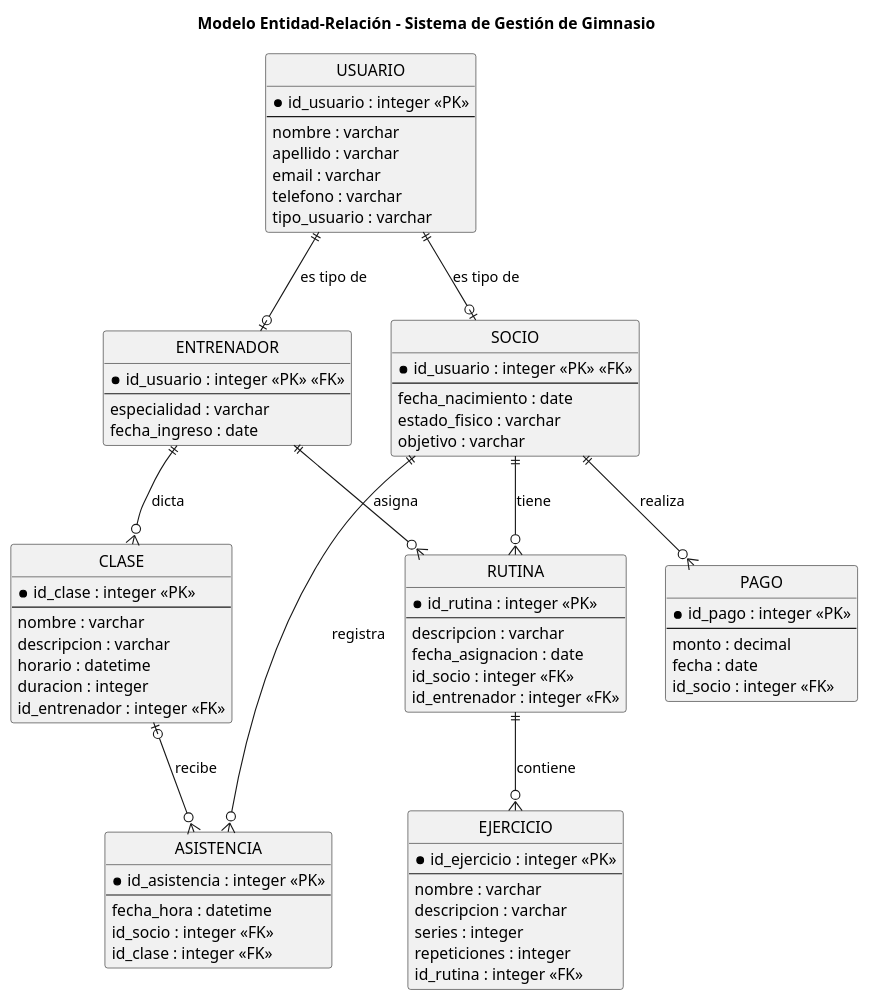
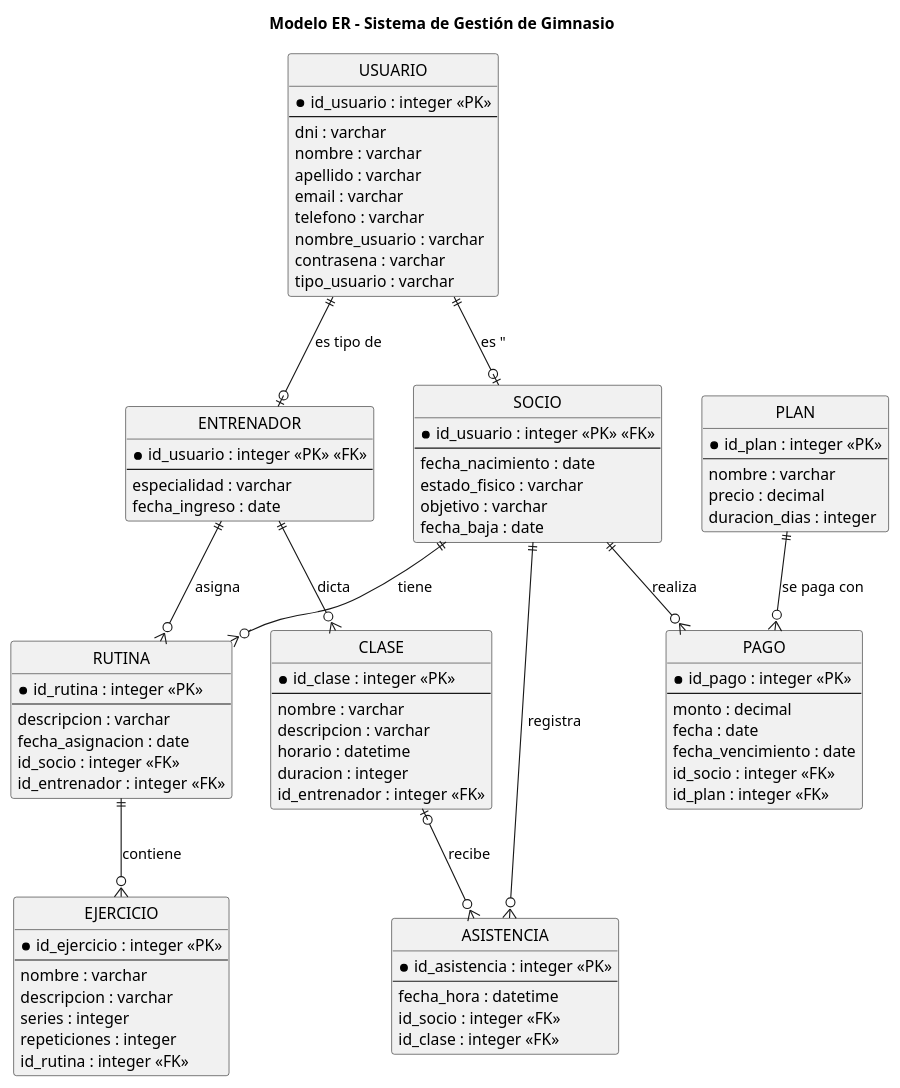
The diagram in diagramas/er.puml (jeremiastorres2809-jpg/eidas-gimnasio-2026), drawn with PlantUML before and after one commit. The commit also changed 7 other files, not shown here.

```diff
--- a/diagramas/er.puml
+++ b/diagramas/er.puml
@@ -1,90 +1,103 @@
-@startuml
-
-title Modelo Entidad-Relación - Sistema de Gestión de Gimnasio
+@startuml er
+title Modelo ER - Sistema de Gestión de Gimnasio
 
 hide circle
 
-' --- Entidades ---
+
 entity USUARIO {
   * id_usuario : integer <<PK>>
   --
+  dni : varchar
   nombre : varchar
   apellido : varchar
   email : varchar
   telefono : varchar
+  nombre_usuario : varchar
+  contrasena : varchar
   tipo_usuario : varchar
 }
 
 entity SOCIO {
   * id_usuario : integer <<PK>> <<FK>>
   --
   fecha_nacimiento : date
   estado_fisico : varchar
   objetivo : varchar
+  fecha_baja : date
 }
 
 entity ENTRENADOR {
   * id_usuario : integer <<PK>> <<FK>>
   --
   especialidad : varchar
   fecha_ingreso : date
 }
 
+entity PLAN {
+  * id_plan : integer <<PK>>
+  --
+  nombre : varchar
+  precio : decimal
+  duracion_dias : integer
+}
+
 entity PAGO {
   * id_pago : integer <<PK>>
   --
   monto : decimal
   fecha : date
+  fecha_vencimiento : date
   id_socio : integer <<FK>>
+  id_plan : integer <<FK>>
 }
 
 entity RUTINA {
   * id_rutina : integer <<PK>>
   --
   descripcion : varchar
   fecha_asignacion : date
   id_socio : integer <<FK>>
   id_entrenador : integer <<FK>>
 }
 
 entity EJERCICIO {
   * id_ejercicio : integer <<PK>>
   --
   nombre : varchar
   descripcion : varchar
   series : integer
   repeticiones : integer
   id_rutina : integer <<FK>>
 }
 
 entity CLASE {
   * id_clase : integer <<PK>>
   --
   nombre : varchar
   descripcion : varchar
   horario : datetime
   duracion : integer
   id_entrenador : integer <<FK>>
 }
 
 entity ASISTENCIA {
   * id_asistencia : integer <<PK>>
   --
   fecha_hora : datetime
   id_socio : integer <<FK>>
   id_clase : integer <<FK>>
 }
 
-' --- Relaciones ---
-' Sintaxis: EntidadA [cardinalidad] -- [cardinalidad] EntidadB : "etiqueta"
-USUARIO ||--o| SOCIO : "es tipo de"
+
+USUARIO ||--o| SOCIO : es "
 USUARIO ||--o| ENTRENADOR : "es tipo de"
 SOCIO ||--o{ PAGO : "realiza"
+PLAN ||--o{ PAGO : "se paga con"
 SOCIO ||--o{ RUTINA : "tiene"
 ENTRENADOR ||--o{ RUTINA : "asigna"
 RUTINA ||--o{ EJERCICIO : "contiene"
 ENTRENADOR ||--o{ CLASE : "dicta"
 SOCIO ||--o{ ASISTENCIA : "registra"
 CLASE |o--o{ ASISTENCIA : "recibe"
 
 @enduml
```
